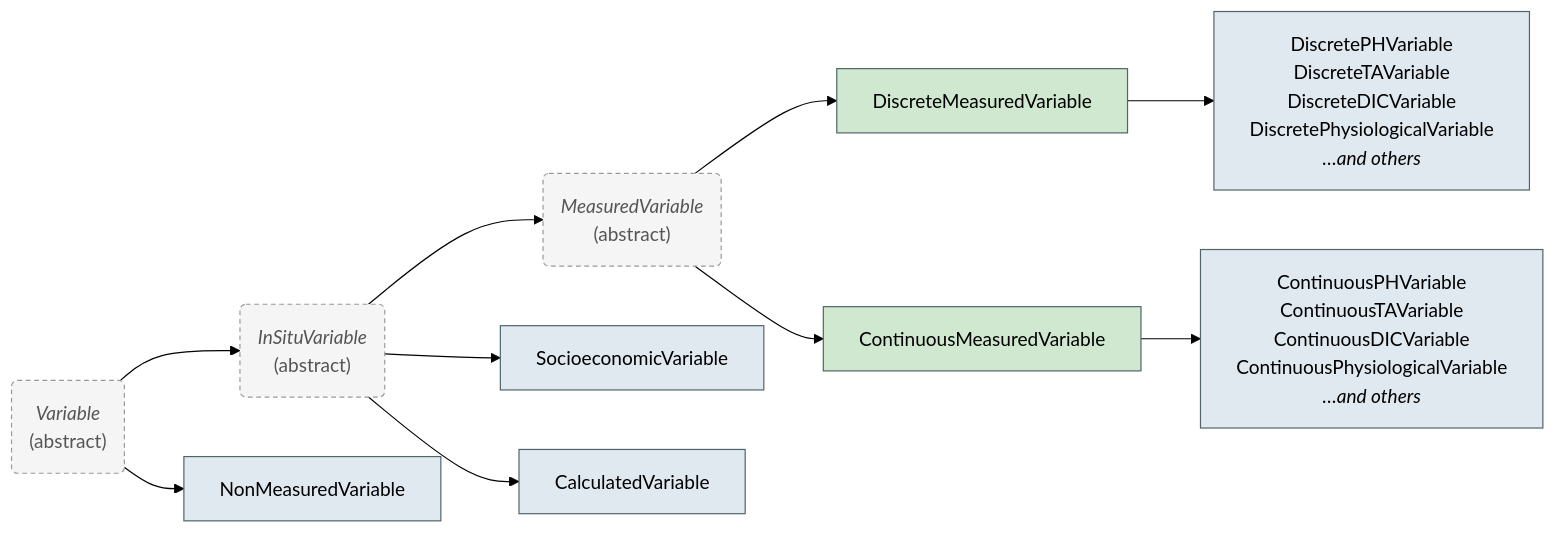
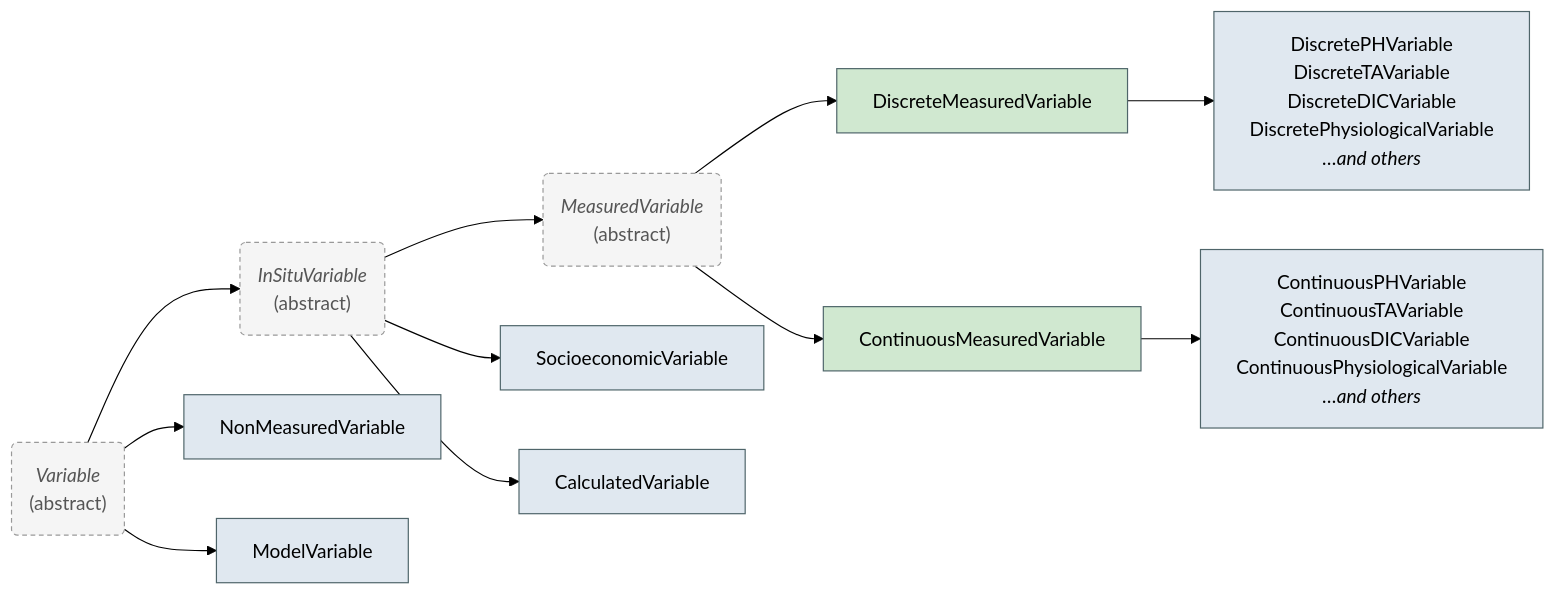
Before and after one commit to submarine-mrv/oae-data-protocol: the diagram in src/docs/files/Variables/index.md, drawn with Mermaid (forest theme). The commit also changed other lines of this file and 7 other files, not shown here.

Commit message:
feat(variable): simplify ModelVariable to identity, name, units and add ModelVariableType

````diff
--- a/src/docs/files/Variables/index.md
+++ b/src/docs/files/Variables/index.md
@@ -7,41 +7,43 @@
 ```mermaid
 graph LR
     V("`*Variable*
     (abstract)`")
     ISV("`*InSituVariable*
     (abstract)`")
     MV("`*MeasuredVariable*
     (abstract)`")
     NMV["NonMeasuredVariable"]
+    MOV["ModelVariable"]
     SEV["SocioeconomicVariable"]
     CV["CalculatedVariable"]
     DM["DiscreteMeasuredVariable"]
     CM["ContinuousMeasuredVariable"]
     DPH["`DiscretePHVariable
     DiscreteTAVariable
     DiscreteDICVariable
     DiscretePhysiologicalVariable
     *…and others*`"]
     CPH["`ContinuousPHVariable
     ContinuousTAVariable
     ContinuousDICVariable
     ContinuousPhysiologicalVariable
     *…and others*`"]
 
     V --> NMV
+    V --> MOV
     V --> ISV
     ISV --> SEV
     ISV --> CV
     ISV --> MV
     MV --> DM
     MV --> CM
     DM --> DPH
     CM --> CPH
 
     classDef abstract fill:#f5f5f5,stroke:#999,stroke-dasharray: 4 3,color:#555
     classDef concrete fill:#e0e8f0,stroke:#4F656A
     classDef leaf fill:#d0e8d0,stroke:#4F656A
     class V,ISV,MV abstract
-    class NMV,SEV,CV,DPH,CPH concrete
+    class NMV,MOV,SEV,CV,DPH,CPH concrete
     class DM,CM leaf
 ```
````
